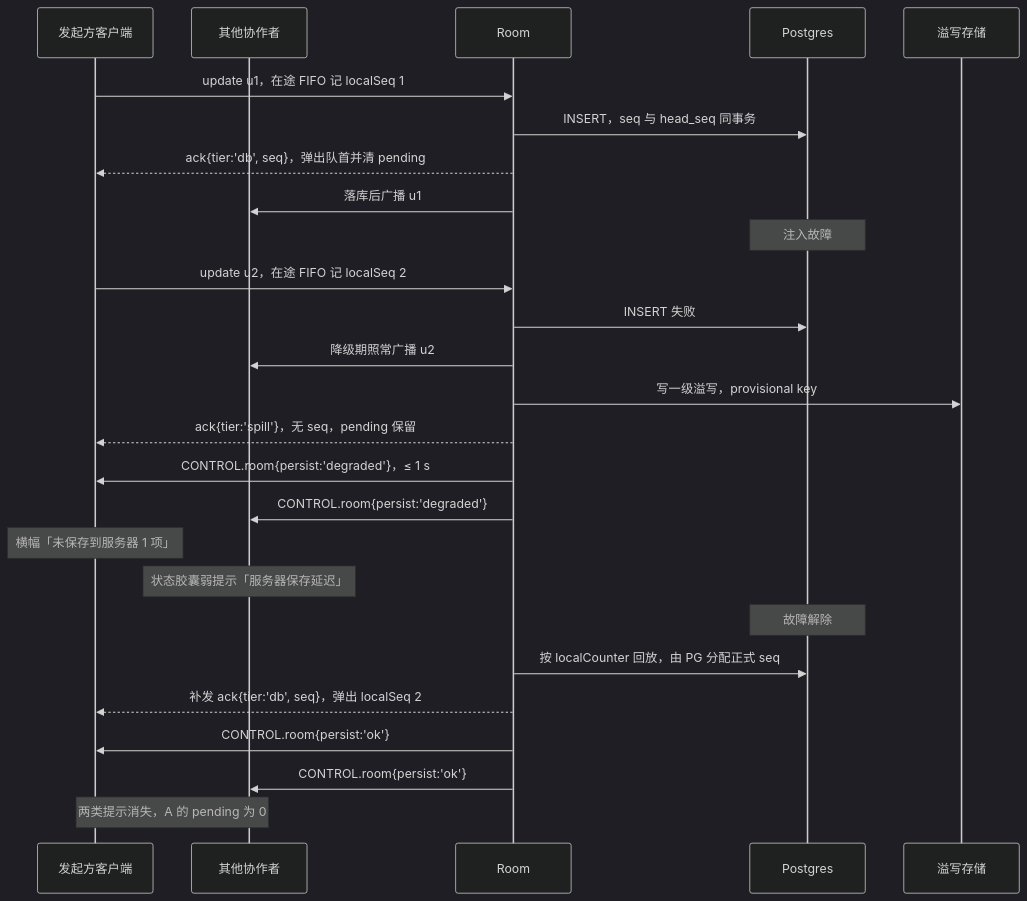
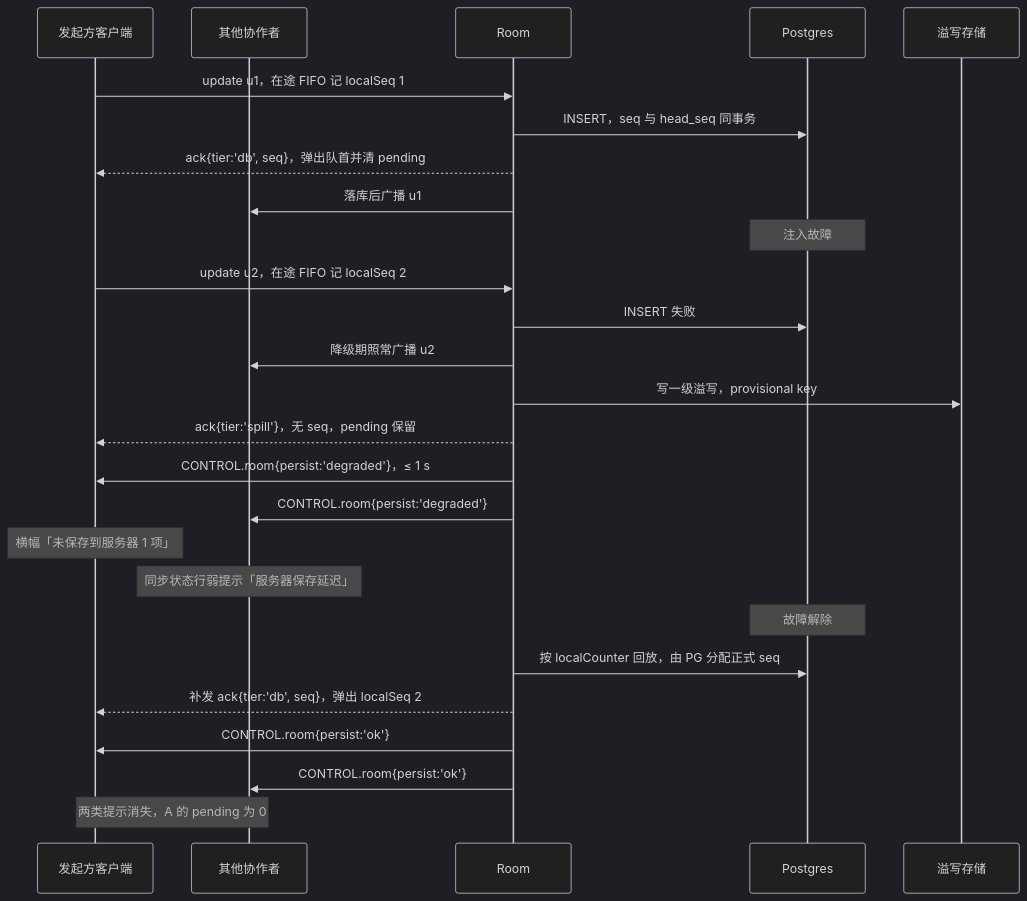
The seventh of 7 diagrams in docs/70-testing/05-collab-simulation-and-property-tests.md (Xeonice/cordis-ppt-editor), drawn with Mermaid (dark theme) before and after one commit. The commit also changed other lines of this file and 13 other files, not shown here.

````diff
--- a/docs/70-testing/05-collab-simulation-and-property-tests.md
+++ b/docs/70-testing/05-collab-simulation-and-property-tests.md
@@ -487,28 +490,28 @@
 ```mermaid
 sequenceDiagram
   participant A as 发起方客户端
   participant B as 其他协作者
   participant R as Room
   participant PG as Postgres
   participant SP as 溢写存储
   A->>R: update u1，在途 FIFO 记 localSeq 1
   R->>PG: INSERT，seq 与 head_seq 同事务
   R-->>A: ack{tier:'db', seq}，弹出队首并清 pending
   R->>B: 落库后广播 u1
   Note over PG: 注入故障
   A->>R: update u2，在途 FIFO 记 localSeq 2
   R->>PG: INSERT 失败
   R->>B: 降级期照常广播 u2
   R->>SP: 写一级溢写，provisional key
   R-->>A: ack{tier:'spill'}，无 seq，pending 保留
   R->>A: CONTROL.room{persist:'degraded'}，≤ 1 s
   R->>B: CONTROL.room{persist:'degraded'}
   Note over A: 横幅「未保存到服务器 1 项」
-  Note over B: 状态胶囊弱提示「服务器保存延迟」
+  Note over B: 同步状态行弱提示「服务器保存延迟」
   Note over PG: 故障解除
   R->>PG: 按 localCounter 回放，由 PG 分配正式 seq
   R-->>A: 补发 ack{tier:'db', seq}，弹出 localSeq 2
   R->>A: CONTROL.room{persist:'ok'}
   R->>B: CONTROL.room{persist:'ok'}
   Note over A,B: 两类提示消失，A 的 pending 为 0
 ```
````
